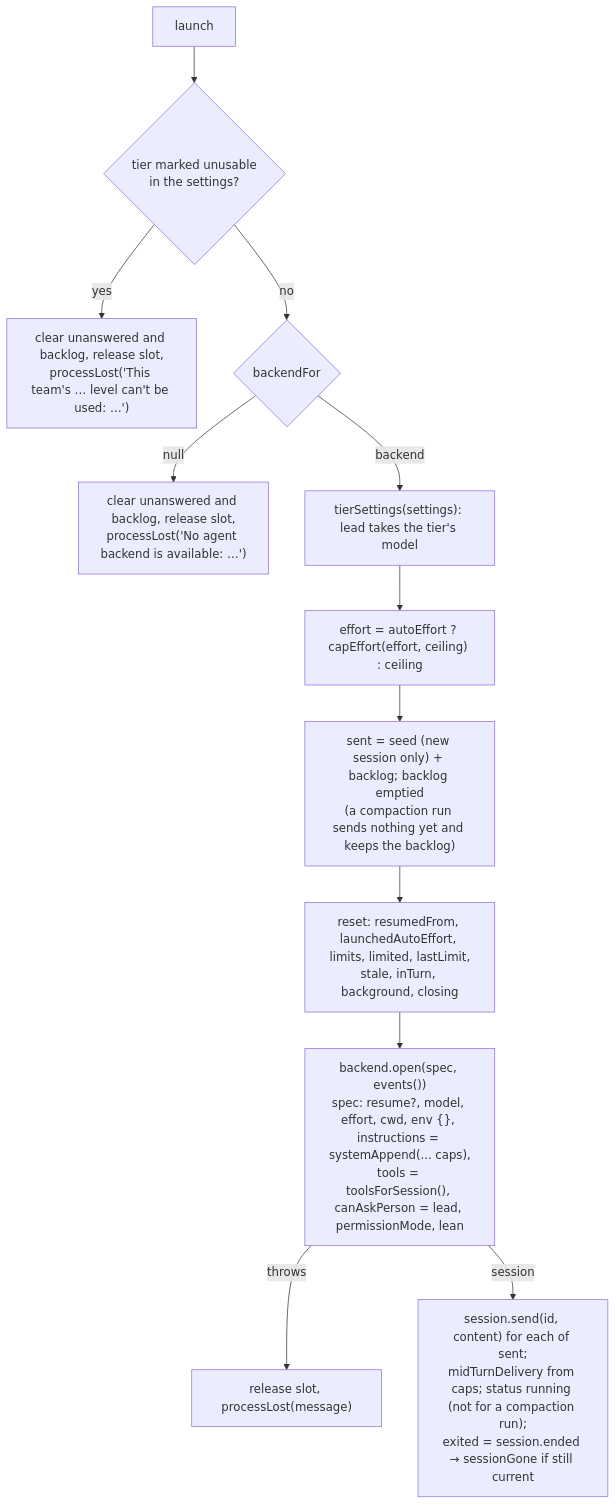
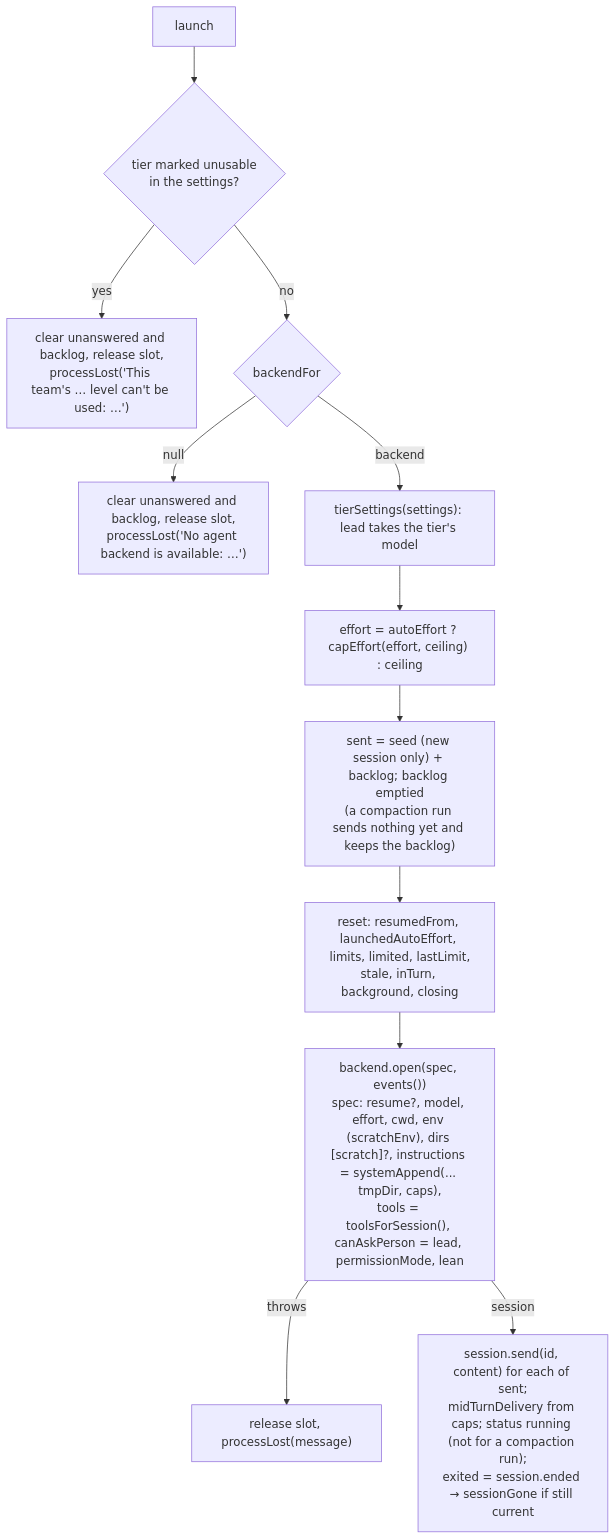
Before and after one commit to Luxorium/masthead: the diagram in docs/wiki/Source-Runtime.md, drawn with Mermaid. The commit also changed other lines of this file and 126 other files, not shown here.

````diff
--- a/docs/wiki/Source-Runtime.md
+++ b/docs/wiki/Source-Runtime.md
@@ -152,14 +155,14 @@
 ```mermaid
 flowchart TD
   A[launch] --> A0{"tier marked unusable<br/>in the settings?"}
   A0 -- yes --> A1["clear unanswered and backlog, release slot,<br/>processLost('This team's … level can't be used: …')"]
   A0 -- no --> B{backendFor}
   B -- null --> B1["clear unanswered and backlog, release slot,<br/>processLost('No agent backend is available: …')"]
   B -- backend --> C["tierSettings(settings): lead takes the tier's model"]
   C --> D["effort = autoEffort ? capEffort(effort, ceiling) : ceiling"]
   D --> E["sent = seed (new session only) + backlog; backlog emptied<br/>(a compaction run sends nothing yet and keeps the backlog)"]
   E --> F["reset: resumedFrom, launchedAutoEffort, limits, limited, lastLimit,<br/>stale, inTurn, background, closing"]
-  F --> G["backend.open(spec, events())<br/>spec: resume?, model, effort, cwd, env {}, instructions = systemAppend(... caps),<br/>tools = toolsForSession(), canAskPerson = lead, permissionMode, lean"]
+  F --> G["backend.open(spec, events())<br/>spec: resume?, model, effort, cwd, env (scratchEnv), dirs [scratch]?, instructions = systemAppend(... tmpDir, caps),<br/>tools = toolsForSession(), canAskPerson = lead, permissionMode, lean"]
   G -- throws --> G1["release slot, processLost(message)"]
   G -- session --> H["session.send(id, content) for each of sent;<br/>midTurnDelivery from caps; status running (not for a compaction run);<br/>exited = session.ended → sessionGone if still current"]
 ```
````
